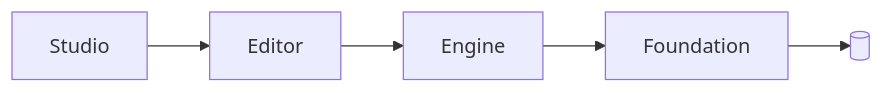
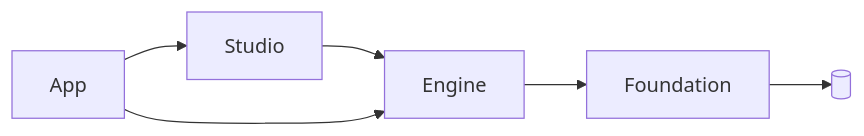
One commit to Evol-Luci/mosaic changed the second of 2 diagrams in docs/architecture/ARCHITECTURE.md. Above: the diagram before and after it, drawn with Mermaid. The commit also changed other lines of this file and 7 other files, not shown here.

````diff
--- a/docs/architecture/ARCHITECTURE.md
+++ b/docs/architecture/ARCHITECTURE.md
@@ -85,7 +112,8 @@
 ```mermaid
 graph LR
     FOUND[Foundation] --> NONE[( )]
     ENGINE[Engine] --> FOUND
-    EDITOR[Editor] --> ENGINE
-    STUDIO[Studio] --> EDITOR
+    STUDIO[Studio] --> ENGINE
+    APP[App] --> ENGINE
+    APP --> STUDIO
 ```
````
